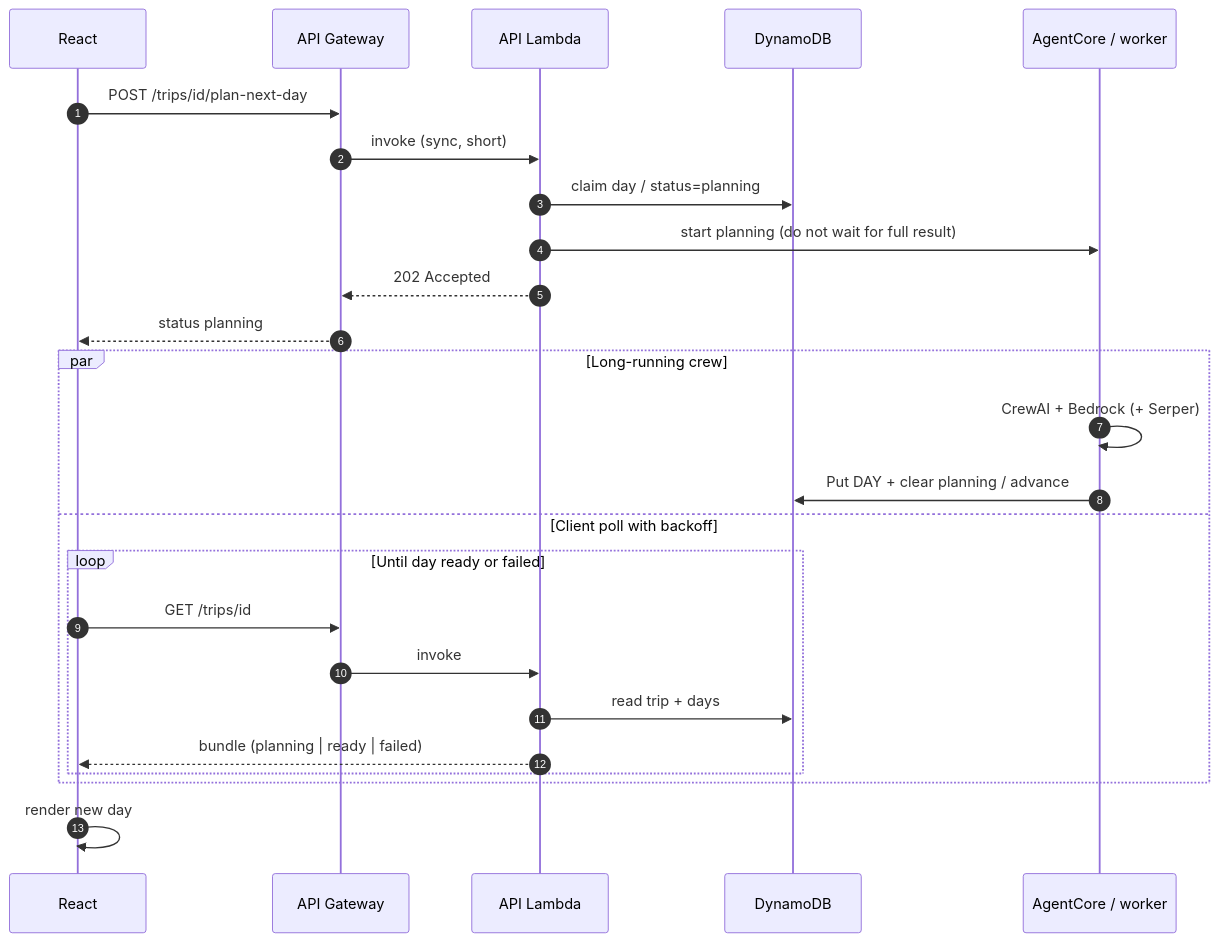
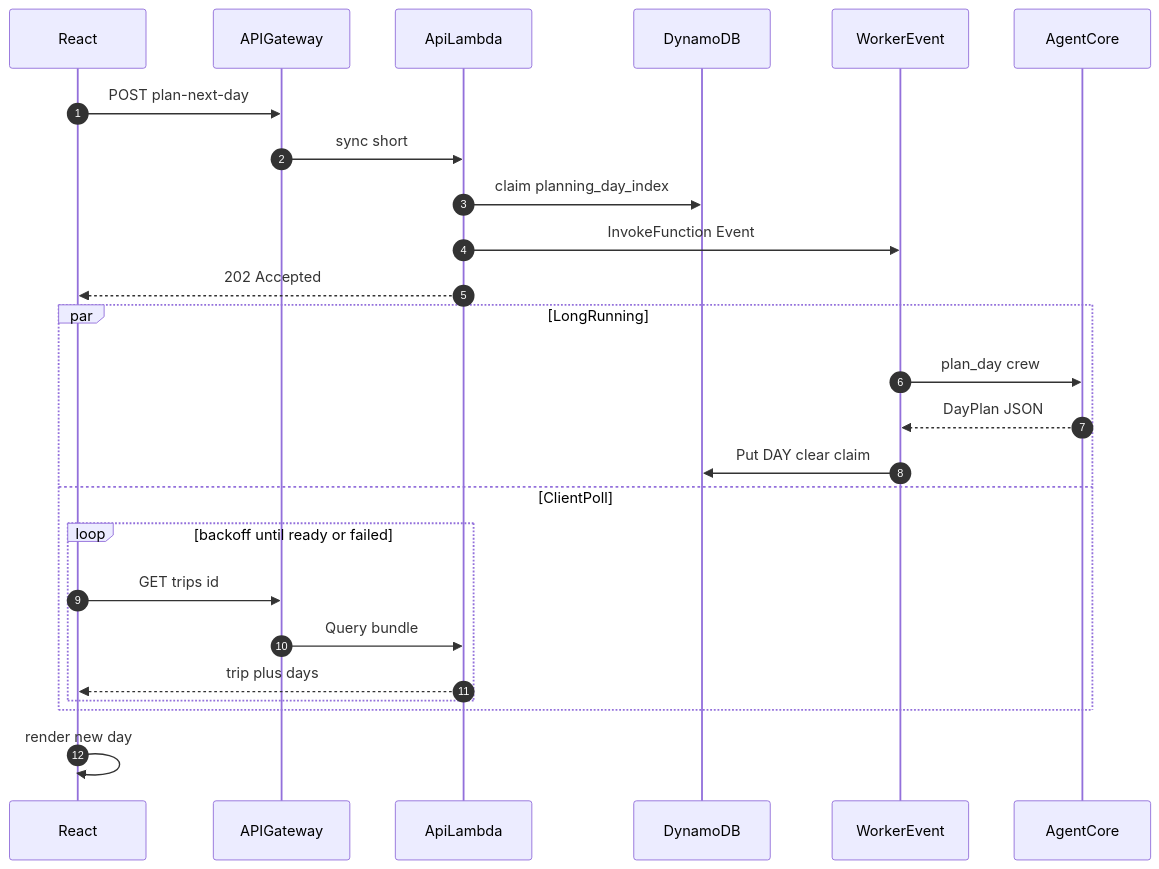
One commit to YukiUmetsu/vacation-planner-crewai changed the second of 4 diagrams in docs/architecture-decisions/001-async-plan-next-day-polling.md. Above: the diagram before and after it, drawn with Mermaid. The commit also changed other lines of this file and 9 other files, not shown here.

````diff
--- a/docs/architecture-decisions/001-async-plan-next-day-polling.md
+++ b/docs/architecture-decisions/001-async-plan-next-day-polling.md
@@ -63,30 +63,28 @@
 ```mermaid
 sequenceDiagram
   autonumber
   participant UI as React
-  participant GW as API Gateway
-  participant L as API Lambda
+  participant GW as APIGateway
+  participant L as ApiLambda
   participant DDB as DynamoDB
-  participant AC as AgentCore / worker
+  participant W as WorkerEvent
+  participant AC as AgentCore
 
-  UI->>GW: POST /trips/id/plan-next-day
-  GW->>L: invoke (sync, short)
-  L->>DDB: claim day / status=planning
-  L->>AC: start planning (do not wait for full result)
-  L-->>GW: 202 Accepted
-  GW-->>UI: status planning
-
-  par Long-running crew
-    AC->>AC: CrewAI + Bedrock (+ Serper)
-    AC->>DDB: Put DAY + clear planning / advance
-  and Client poll with backoff
-    loop Until day ready or failed
-      UI->>GW: GET /trips/id
-      GW->>L: invoke
-      L->>DDB: read trip + days
-      L-->>UI: bundle (planning | ready | failed)
+  UI->>GW: POST plan-next-day
+  GW->>L: sync short
+  L->>DDB: claim planning_day_index
+  L->>W: InvokeFunction Event
+  L-->>UI: 202 Accepted
+  par LongRunning
+    W->>AC: plan_day crew
+    AC-->>W: DayPlan JSON
+    W->>DDB: Put DAY clear claim
+  and ClientPoll
+    loop backoff until ready or failed
+      UI->>GW: GET trips id
+      GW->>L: Query bundle
+      L-->>UI: trip plus days
     end
   end
-
   UI->>UI: render new day
 ```
````
